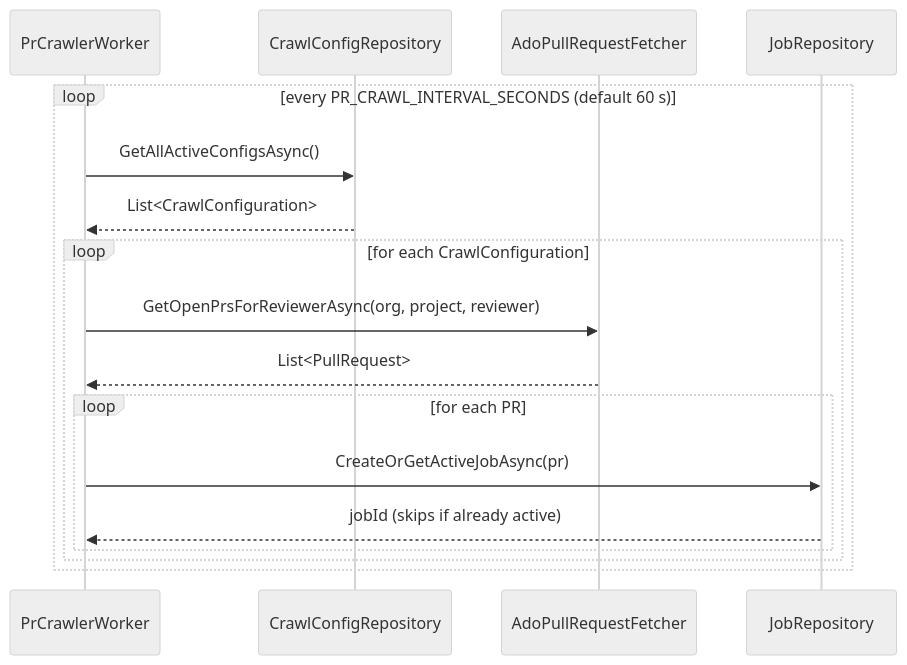
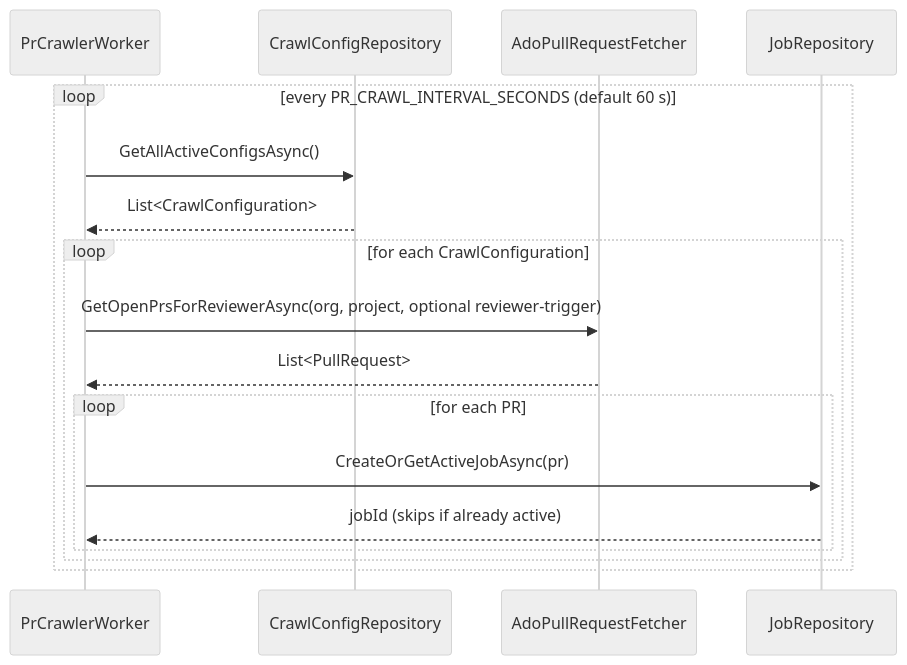
The fourth of 6 diagrams in docs/architecture/configuration-and-crawling.md (meister-dev-ai/propr), drawn with Mermaid (neutral theme) before and after one commit. The commit also changed other lines of this file and 139 other files, not shown here.

````diff
--- a/docs/architecture/configuration-and-crawling.md
+++ b/docs/architecture/configuration-and-crawling.md
@@ -161,22 +170,22 @@
 ```mermaid
 sequenceDiagram
     participant CW as PrCrawlerWorker
     participant CR as CrawlConfigRepository
     participant PF as AdoPullRequestFetcher
     participant JR as JobRepository
 
     loop every PR_CRAWL_INTERVAL_SECONDS (default 60 s)
         CW->>CR: GetAllActiveConfigsAsync()
         CR-->>CW: List<CrawlConfiguration>
 
         loop for each CrawlConfiguration
-            CW->>PF: GetOpenPrsForReviewerAsync(org, project, reviewer)
+            CW->>PF: GetOpenPrsForReviewerAsync(org, project, optional reviewer-trigger)
             PF-->>CW: List<PullRequest>
 
             loop for each PR
                 CW->>JR: CreateOrGetActiveJobAsync(pr)
                 JR-->>CW: jobId (skips if already active)
             end
         end
     end
 ```
````
